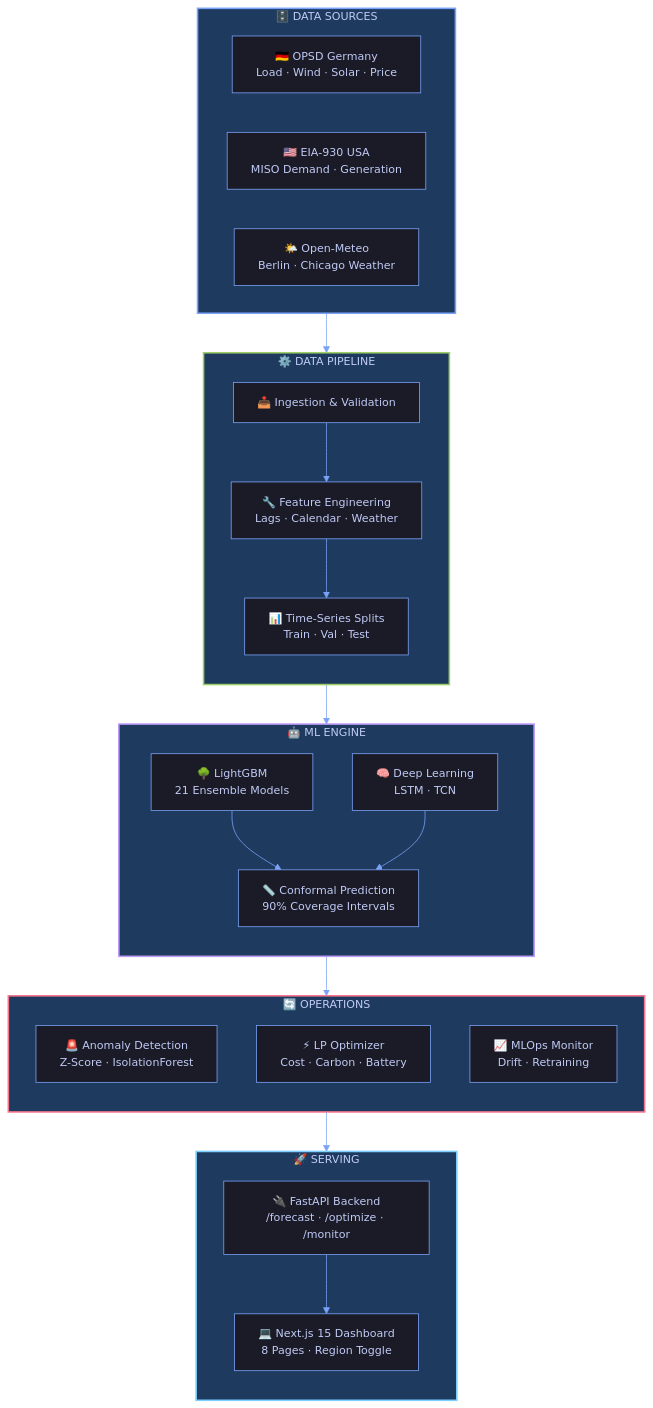
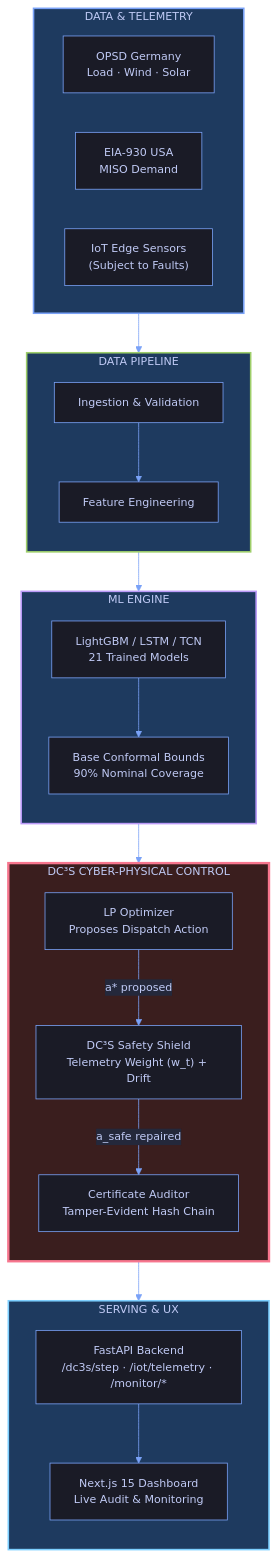
The diagram in README.md (Pratikn03/Capstone_Projects), drawn with Mermaid before and after one commit. The commit also changed other lines of this file and 4 other files, not shown here.

Commit message:
docs: refresh architecture runbook and publication narrative

````diff
--- a/README.md
+++ b/README.md
@@ -103,64 +39,64 @@
 ```mermaid
 %%{init: {
   'theme': 'base',
   'themeVariables': {
     'primaryColor': '#1a1b26',
     'primaryTextColor': '#c0caf5',
     'primaryBorderColor': '#7aa2f7',
     'lineColor': '#7aa2f7',
     'secondaryColor': '#24283b',
     'tertiaryColor': '#1a1b26',
     'fontFamily': 'Inter, system-ui, sans-serif',
     'fontSize': '14px'
   }
 }}%%
 
 flowchart TB
-  subgraph sources["🗄️ DATA SOURCES"]
+  subgraph sources["DATA & TELEMETRY"]
     direction LR
-    A1["🇩🇪 OPSD Germany<br/>Load · Wind · Solar · Price"]
-    A2["🇺🇸 EIA-930 USA<br/>MISO Demand · Generation"]
-    A3["🌤️ Open-Meteo<br/>Berlin · Chicago Weather"]
+    A1["OPSD Germany<br/>Load · Wind · Solar"]
+    A2["EIA-930 USA<br/>MISO Demand"]
+    A3["IoT Edge Sensors<br/>(Subject to Faults)"]
   end
 
-  subgraph pipeline["⚙️ DATA PIPELINE"]
+  subgraph pipeline["DATA PIPELINE"]
     direction TB
-    B["📥 Ingestion & Validation"]
-    C["🔧 Feature Engineering<br/>Lags · Calendar · Weather"]
-    D["📊 Time-Series Splits<br/>Train · Val · Test"]
-    B --> C --> D
+    B["Ingestion & Validation"]
+    C["Feature Engineering"]
+    B --> C
   end
 
-  subgraph ml["🤖 ML ENGINE"]
+  subgraph ml["ML ENGINE"]
     direction TB
-    E["🌳 LightGBM<br/>21 Ensemble Models"]
-    F["🧠 Deep Learning<br/>LSTM · TCN"]
-    G["📏 Conformal Prediction<br/>90% Coverage Intervals"]
-    E & F --> G
+    E["LightGBM / LSTM / TCN<br/>21 Trained Models"]
+    G["Base Conformal Bounds<br/>90% Nominal Coverage"]
+    E --> G
   end
 
-  subgraph ops["🔄 OPERATIONS"]
+  subgraph ops["DC³S CYBER-PHYSICAL CONTROL"]
     direction TB
-    H["🚨 Anomaly Detection<br/>Z-Score · IsolationForest"]
-    I["⚡ LP Optimizer<br/>Cost · Carbon · Battery"]
-    J["📈 MLOps Monitor<br/>Drift · Retraining"]
+    I["LP Optimizer<br/>Proposes Dispatch Action"]
+    S["DC³S Safety Shield<br/>Telemetry Weight (w_t) + Drift"]
+    A["Certificate Auditor<br/>Tamper-Evident Hash Chain"]
+    I -->|a* proposed| S
+    S -->|a_safe repaired| A
   end
 
-  subgraph serve["🚀 SERVING"]
+  subgraph serve["SERVING & UX"]
     direction TB
-    K["🔌 FastAPI Backend<br/>/forecast · /optimize · /monitor"]
-    L["💻 Next.js 15 Dashboard<br/>8 Pages · Region Toggle"]
+    K["FastAPI Backend<br/>/dc3s/step · /iot/telemetry · /monitor/*"]
+    L["Next.js 15 Dashboard<br/>Live Audit & Monitoring"]
     K --> L
   end
 
   sources --> pipeline
   pipeline --> ml
   ml --> ops
   ops --> serve
 
   style sources fill:#1e3a5f,stroke:#7aa2f7,stroke-width:2px,color:#c0caf5
   style pipeline fill:#1e3a5f,stroke:#9ece6a,stroke-width:2px,color:#c0caf5
   style ml fill:#1e3a5f,stroke:#bb9af7,stroke-width:2px,color:#c0caf5
-  style ops fill:#1e3a5f,stroke:#f7768e,stroke-width:2px,color:#c0caf5
+  style ops fill:#3a1e1e,stroke:#f7768e,stroke-width:3px,color:#c0caf5
   style serve fill:#1e3a5f,stroke:#7dcfff,stroke-width:2px,color:#c0caf5
 ```
````
